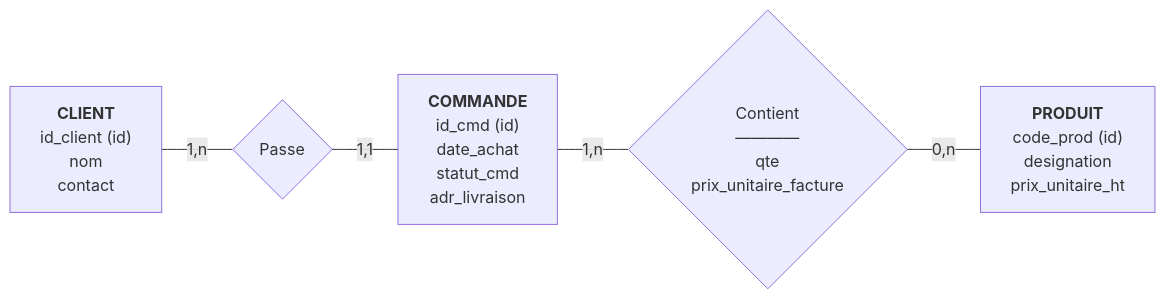
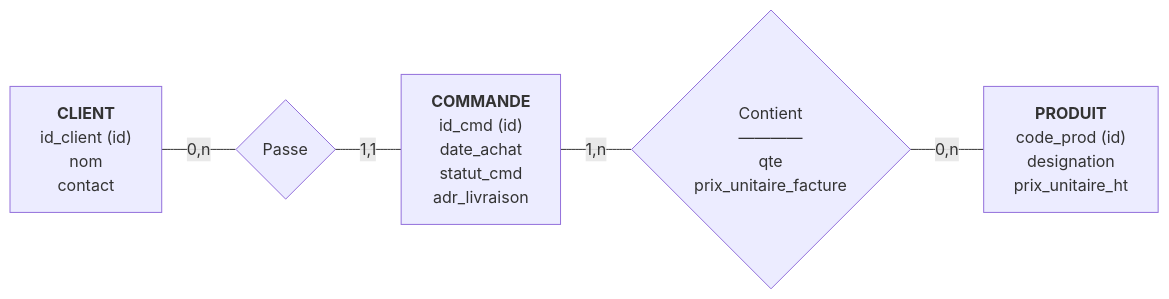
The diagram in Modelisation_Relationnelle/Schema.md (N-Haitu31/holbertonschool-Analyse_et_conception), drawn with Mermaid before and after one commit. The commit also changed other lines of this file, not shown here.

Commit message:
fix: correct client cardinality to (0,n) in MCD

````diff
--- a/Modelisation_Relationnelle/Schema.md
+++ b/Modelisation_Relationnelle/Schema.md
@@ -7,13 +7,13 @@
 ```mermaid
 flowchart LR
     CLIENT["<b>CLIENT</b><br/>id_client (id)<br/>nom<br/>contact"]
     COMMANDE["<b>COMMANDE</b><br/>id_cmd (id)<br/>date_achat<br/>statut_cmd<br/>adr_livraison"]
     PRODUIT["<b>PRODUIT</b><br/>code_prod (id)<br/>designation<br/>prix_unitaire_ht"]
     PASSE{"Passe"}
     CONTIENT{"Contient<br/>――――<br/>qte<br/>prix_unitaire_facture"}
  
-    CLIENT -- "1,n" --- PASSE
+    CLIENT -- "0,n" --- PASSE
     PASSE -- "1,1" --- COMMANDE
     COMMANDE -- "1,n" --- CONTIENT
     CONTIENT -- "0,n" --- PRODUIT
 ```
````
